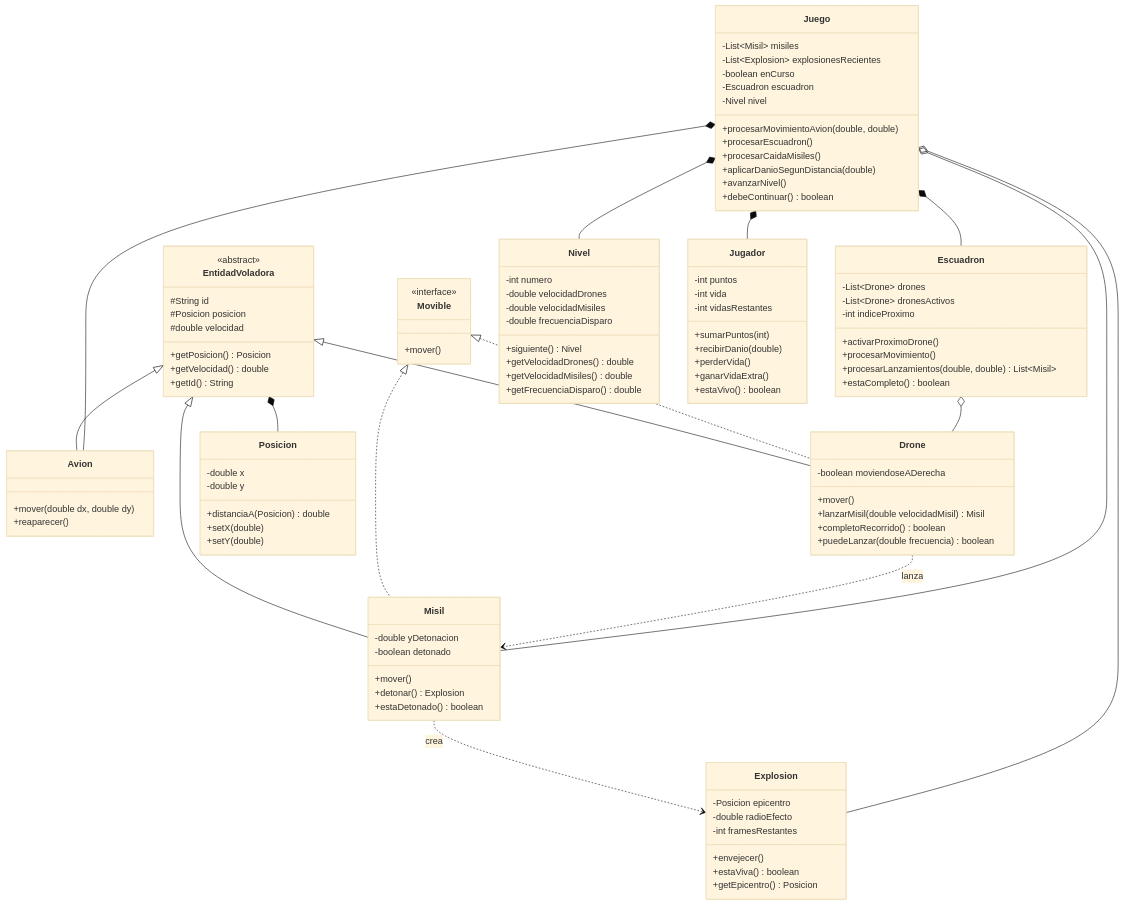
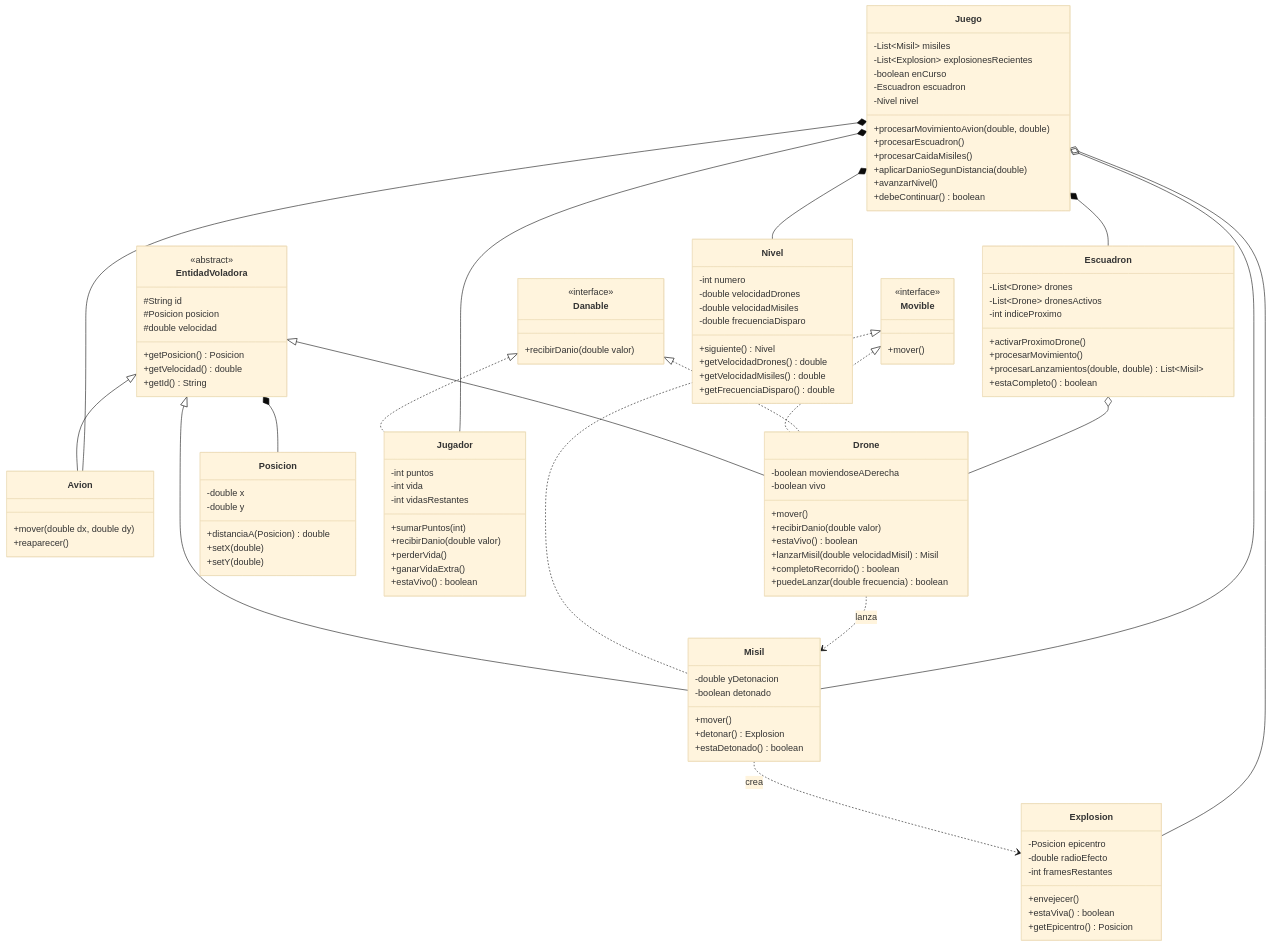
Before and after one commit to Ogstra/TP-PO-G5: the diagram in diagrama-clases.md, drawn with Mermaid (base theme).

Commit message:
docs: diagrama con Danable

```diff
--- a/diagrama-clases.md
+++ b/diagrama-clases.md
@@ -19,6 +19,11 @@
         +mover()
     }
 
+    class Danable {
+        <<interface>>
+        +recibirDanio(double valor)
+    }
+
     class Avion {
         +mover(double dx, double dy)
         +reaparecer()
@@ -26,7 +31,10 @@
 
     class Drone {
         -boolean moviendoseADerecha
+        -boolean vivo
         +mover()
+        +recibirDanio(double valor)
+        +estaVivo() boolean
         +lanzarMisil(double velocidadMisil) Misil
         +completoRecorrido() boolean
         +puedeLanzar(double frecuencia) boolean
@@ -83,7 +91,7 @@
         -int vida
         -int vidasRestantes
         +sumarPuntos(int)
-        +recibirDanio(double)
+        +recibirDanio(double valor)
         +perderVida()
         +ganarVidaExtra()
         +estaVivo() boolean
@@ -108,6 +116,8 @@
     EntidadVoladora <|-- Misil
     Movible <|.. Drone
     Movible <|.. Misil
+    Danable <|.. Drone
+    Danable <|.. Jugador
 
     Drone ..> Misil : lanza
     Misil ..> Explosion : crea
```
